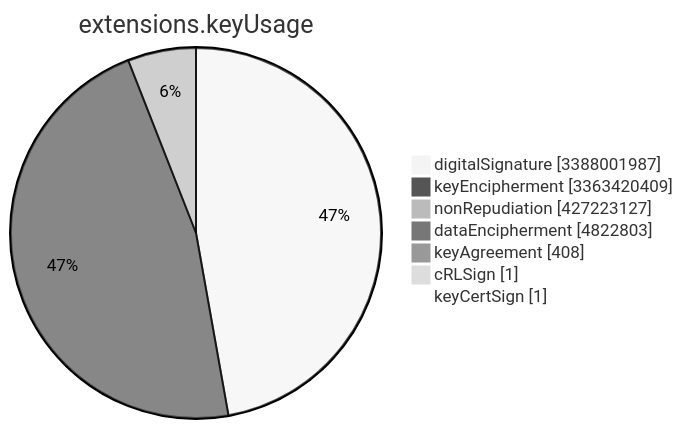
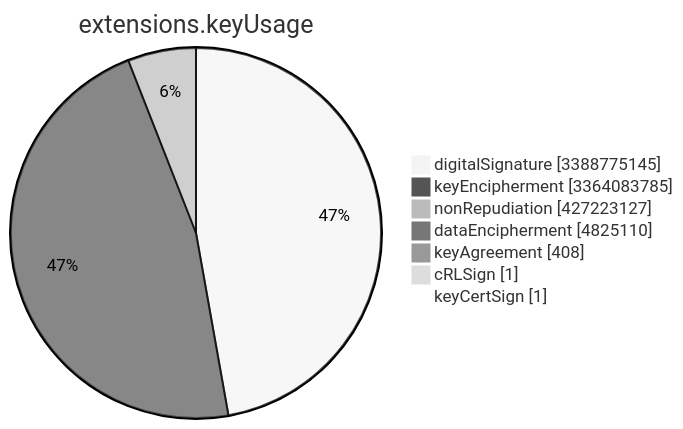
The sixth of 15 diagrams in TOTAL/README.md (christiankrug/ctmonitor_visualization), drawn with Mermaid (neutral theme) before and after one commit. The commit also changed other lines of this file, not shown here.

````diff
--- a/TOTAL/README.md
+++ b/TOTAL/README.md
@@ -3080,11 +3080,11 @@
 ```mermaid
 pie showData
 title extensions.keyUsage
-"digitalSignature" :3388001987
-"keyEncipherment" :3363420409
+"digitalSignature" :3388775145
+"keyEncipherment" :3364083785
 "nonRepudiation" :427223127
-"dataEncipherment" :4822803
+"dataEncipherment" :4825110
 "keyAgreement" :408
 "cRLSign" :1
 "keyCertSign" :1
 ```
````
